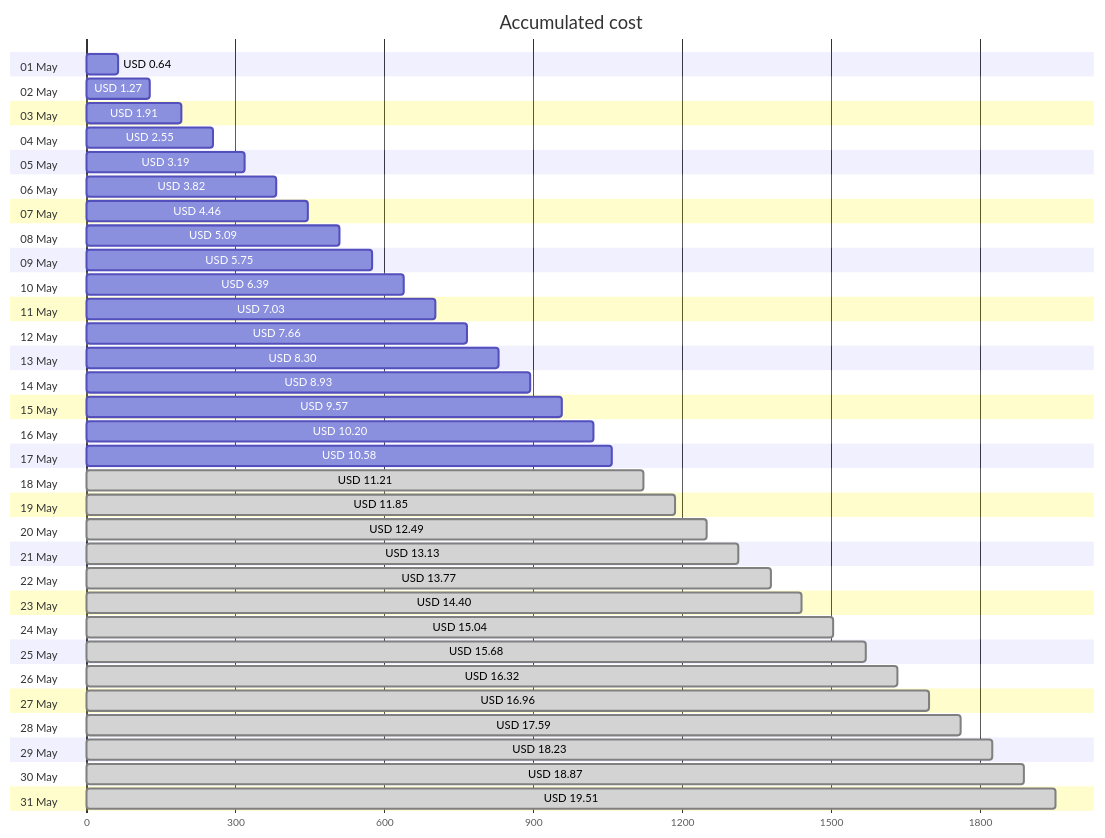
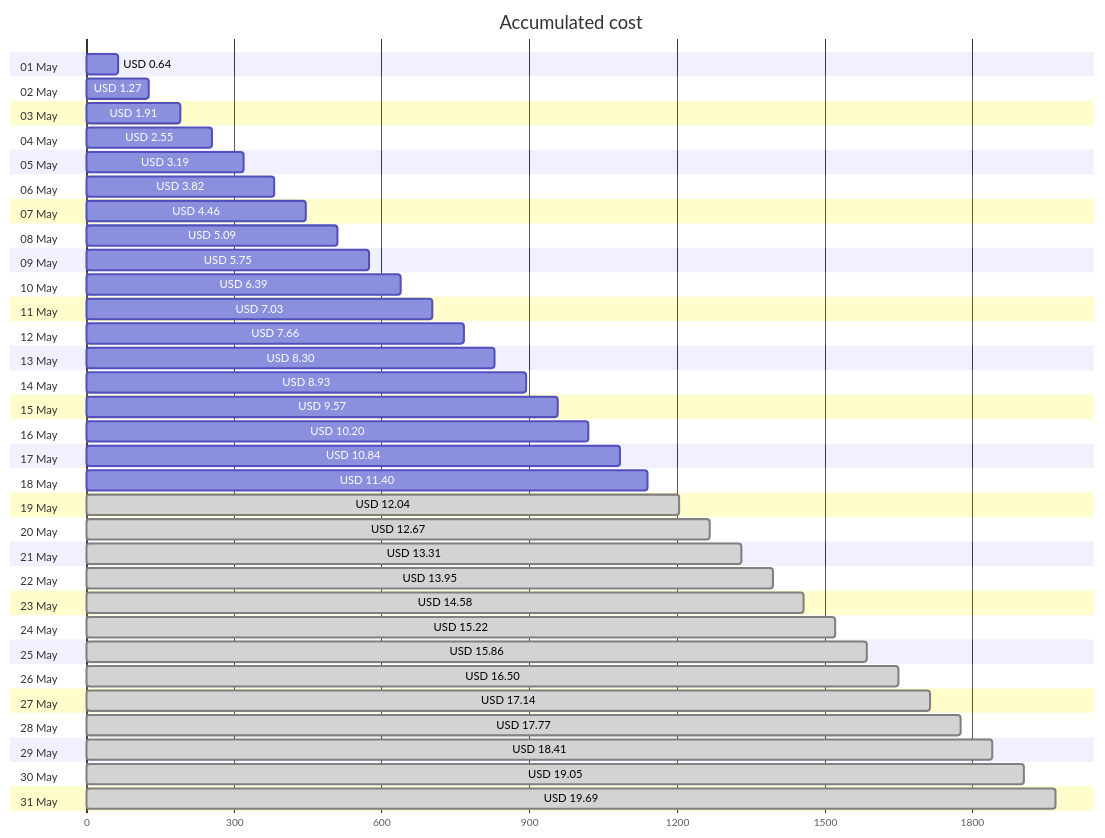
Before and after one commit to jpfulton/azure-personal-reports: the first of 4 diagrams in cost-reports/accumulated-cost.md, drawn with Mermaid. The commit also changed other lines of this file and 4 other files, not shown here.

````diff
--- a/cost-reports/accumulated-cost.md
+++ b/cost-reports/accumulated-cost.md
@@ -20,68 +20,68 @@
 ```mermaid
 gantt
    title Accumulated cost
    dateFormat  X
    axisFormat %s
    section 01 May
    USD 0.64 :0, 64
    section 02 May
    USD 1.27 :0, 127
    section 03 May
    USD 1.91 :0, 191
    section 04 May
    USD 2.55 :0, 255
    section 05 May
    USD 3.19 :0, 319
    section 06 May
    USD 3.82 :0, 382
    section 07 May
    USD 4.46 :0, 446
    section 08 May
    USD 5.09 :0, 509
    section 09 May
    USD 5.75 :0, 575
    section 10 May
    USD 6.39 :0, 639
    section 11 May
    USD 7.03 :0, 703
    section 12 May
    USD 7.66 :0, 766
    section 13 May
    USD 8.30 :0, 830
    section 14 May
    USD 8.93 :0, 893
    section 15 May
    USD 9.57 :0, 957
    section 16 May
    USD 10.20 :0, 1020
    section 17 May
-   USD 10.58 :0, 1058
+   USD 10.84 :0, 1084
    section 18 May
-   USD 11.21 : done, 0, 1121
+   USD 11.40 :0, 1140
    section 19 May
-   USD 11.85 : done, 0, 1185
+   USD 12.04 : done, 0, 1204
    section 20 May
-   USD 12.49 : done, 0, 1249
+   USD 12.67 : done, 0, 1267
    section 21 May
-   USD 13.13 : done, 0, 1313
+   USD 13.31 : done, 0, 1331
    section 22 May
-   USD 13.77 : done, 0, 1377
+   USD 13.95 : done, 0, 1395
    section 23 May
-   USD 14.40 : done, 0, 1440
+   USD 14.58 : done, 0, 1458
    section 24 May
-   USD 15.04 : done, 0, 1504
+   USD 15.22 : done, 0, 1522
    section 25 May
-   USD 15.68 : done, 0, 1568
+   USD 15.86 : done, 0, 1586
    section 26 May
-   USD 16.32 : done, 0, 1632
+   USD 16.50 : done, 0, 1650
    section 27 May
-   USD 16.96 : done, 0, 1696
+   USD 17.14 : done, 0, 1714
    section 28 May
-   USD 17.59 : done, 0, 1759
+   USD 17.77 : done, 0, 1777
    section 29 May
-   USD 18.23 : done, 0, 1823
+   USD 18.41 : done, 0, 1841
    section 30 May
-   USD 18.87 : done, 0, 1887
+   USD 19.05 : done, 0, 1905
    section 31 May
-   USD 19.51 : done, 0, 1951
+   USD 19.69 : done, 0, 1969
 ```
````
